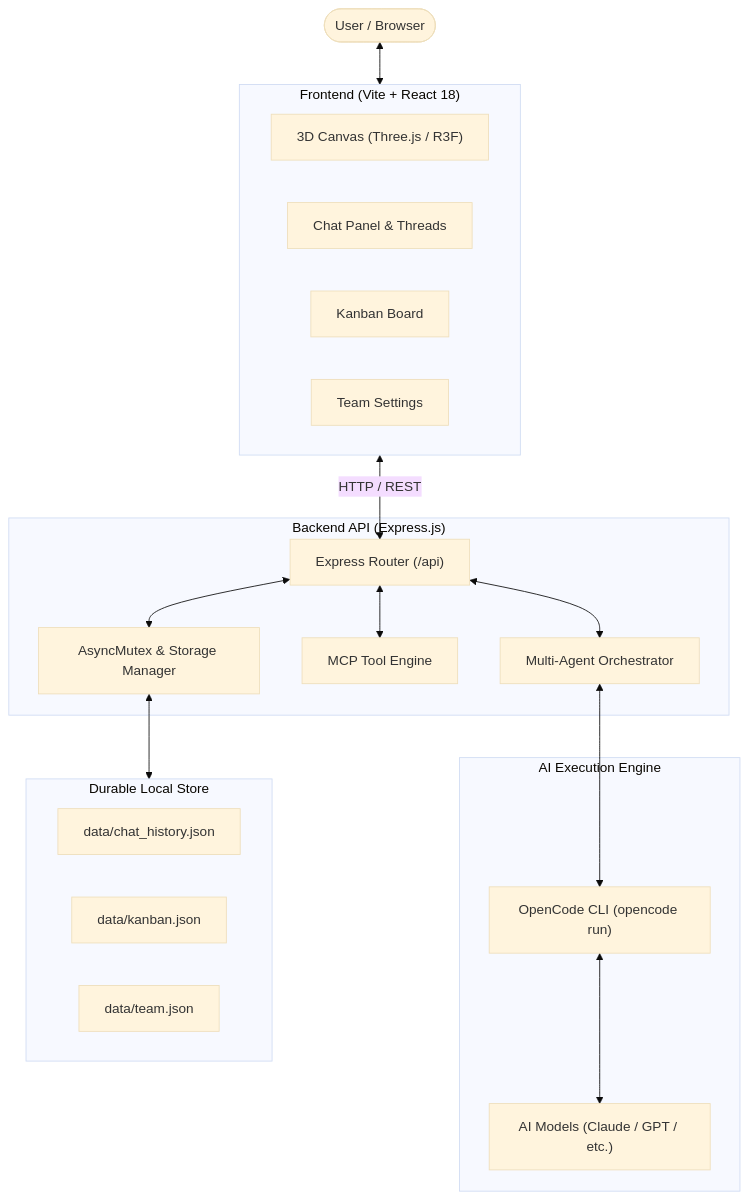
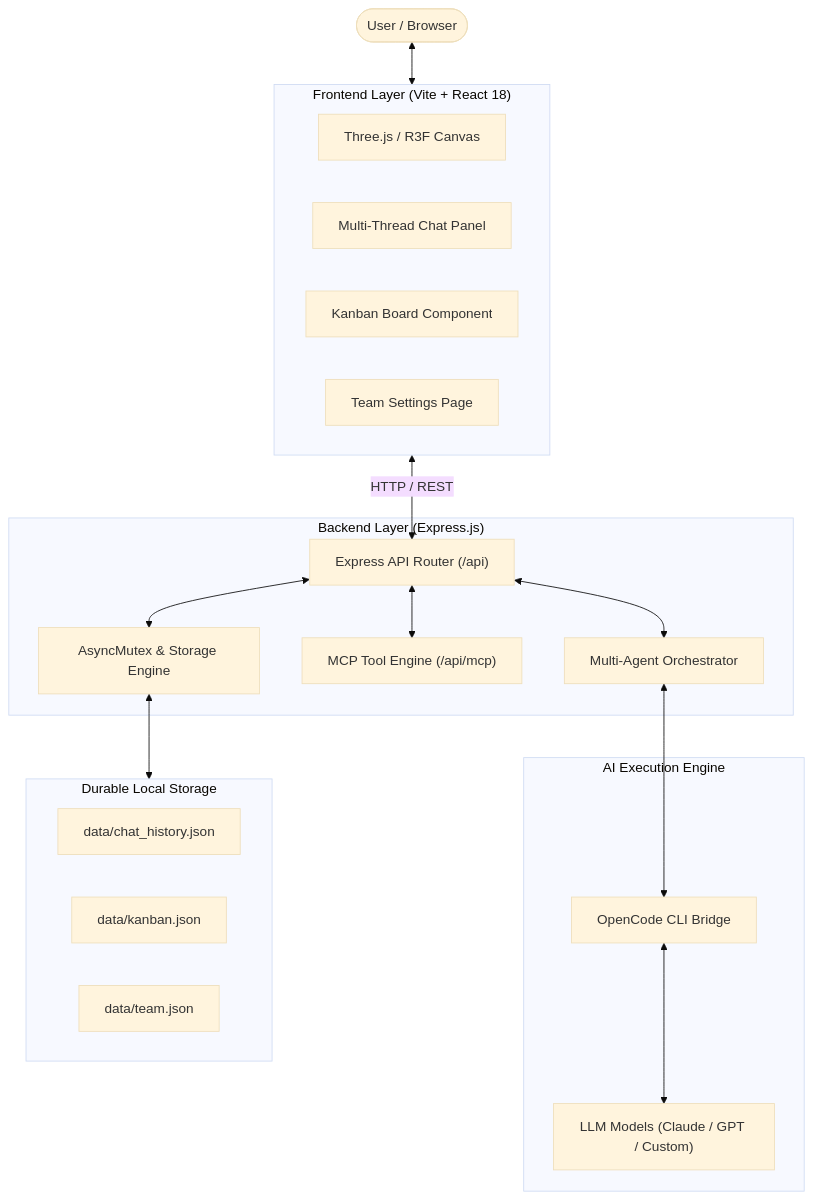
The diagram in README.md (Thecaracter/new_pixel), drawn with Mermaid (base theme) before and after one commit. The commit also changed other lines of this file and 1 other file, not shown here.

````diff
--- a/README.md
+++ b/README.md
@@ -128,38 +130,38 @@
 ```mermaid
 graph TD
   User([User / Browser])
   
-  subgraph Frontend ["Frontend (Vite + React 18)"]
-    Canvas["3D Canvas (Three.js / R3F)"]
-    Chat["Chat Panel & Threads"]
-    Kanban["Kanban Board"]
-    Settings["Team Settings"]
+  subgraph FrontendClient ["Frontend Layer (Vite + React 18)"]
+    Canvas["Three.js / R3F Canvas"]
+    ChatUI["Multi-Thread Chat Panel"]
+    KanbanUI["Kanban Board Component"]
+    SettingsUI["Team Settings Page"]
   end
   
-  subgraph Backend ["Backend API (Express.js)"]
-    Router["Express Router (/api)"]
-    Orchestrator["Multi-Agent Orchestrator"]
-    MCPServer["MCP Tool Engine"]
-    Mutex["AsyncMutex & Storage Manager"]
+  subgraph BackendService ["Backend Layer (Express.js)"]
+    APIRouter["Express API Router (/api)"]
+    OrchestratorService["Multi-Agent Orchestrator"]
+    MCPRegistry["MCP Tool Engine (/api/mcp)"]
+    StorageEngine["AsyncMutex & Storage Engine"]
   end
   
-  subgraph AI ["AI Execution Engine"]
-    OpenCode["OpenCode CLI (opencode run)"]
-    LLMProviders["AI Models (Claude / GPT / etc.)"]
+  subgraph ExternalAI ["AI Execution Engine"]
+    OpenCodeRunner["OpenCode CLI Bridge"]
+    ProviderAPIs["LLM Models (Claude / GPT / Custom)"]
   end
   
-  subgraph Storage ["Durable Local Store"]
-    DiskChat["data/chat_history.json"]
-    DiskKanban["data/kanban.json"]
-    DiskTeam["data/team.json"]
+  subgraph Persistence ["Durable Local Storage"]
+    ChatFile["data/chat_history.json"]
+    KanbanFile["data/kanban.json"]
+    TeamFile["data/team.json"]
   end
 
-  User <--> Frontend
-  Frontend <-->|HTTP / REST| Router
-  Router <--> Orchestrator
-  Router <--> MCPServer
-  Router <--> Mutex
-  Orchestrator <--> OpenCode
-  OpenCode <--> LLMProviders
-  Mutex <--> Storage
+  User <--> FrontendClient
+  FrontendClient <-->|HTTP / REST| APIRouter
+  APIRouter <--> OrchestratorService
+  APIRouter <--> MCPRegistry
+  APIRouter <--> StorageEngine
+  OrchestratorService <--> OpenCodeRunner
+  OpenCodeRunner <--> ProviderAPIs
+  StorageEngine <--> Persistence
 ```
````
